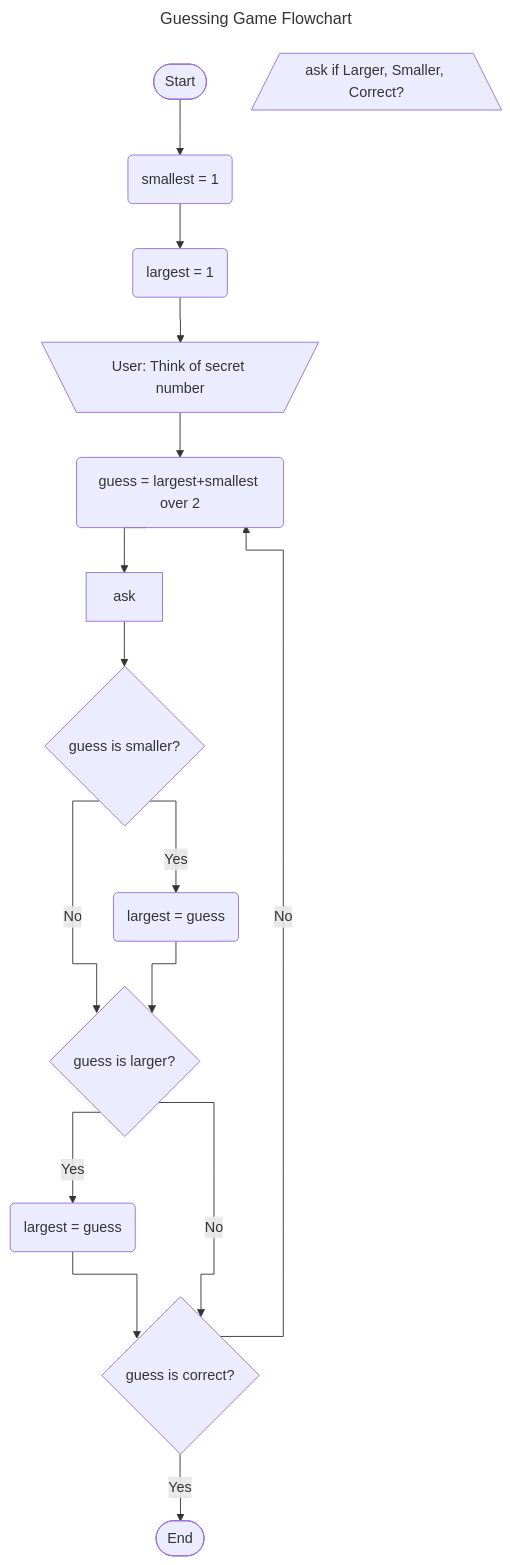
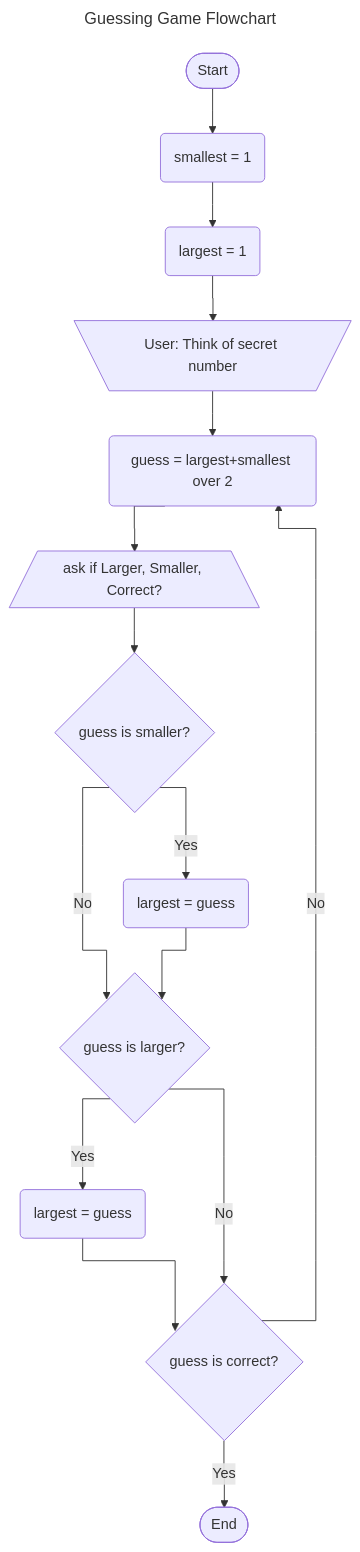
Before and after one commit to AdyGCode/ICTPRG302-2024-S2-Sessions: diagram 12 of 12 in session-06/Flowcharts.md, drawn with Mermaid. The commit also changed other lines of this file and 1 other file, not shown here.

Commit message:
feat(session-06): Flowcharts update

````diff
--- a/session-06/Flowcharts.md
+++ b/session-06/Flowcharts.md
@@ -141,36 +379,35 @@
 ```mermaid
 ---
 title: Guessing Game Flowchart
 ---
 %%{ init: { 'flowchart': { 'curve': 'stepAfter' } } }%%
 flowchart TD
     start([Start])
     smallest1(smallest = 1)
     largest1(largest = 1)
     secret[\User: Think of secret number/]
     guess1(guess = largest+smallest over 2)
     ask1[/ask if Larger, Smaller, Correct?\]
     if_smaller{guess is smaller?}
     smaller1(largest = guess)
     if_larger{guess is larger?}
     larger1(largest = guess)
     if_correct{guess is correct?}
     end1([End])
+    start --> smallest1
+    smallest1 --> largest1
+    largest1 --> secret
+    secret --> guess1
+    guess1 --> ask1
+    ask1 --> if_smaller
+    if_smaller -->|Yes| smaller1
+    if_smaller -->|No| if_larger
+    smaller1 --> if_larger
+    if_larger -->|Yes| larger1
+    larger1 --> if_correct
+    if_larger -->|No| if_correct
+    if_correct -->|Yes| end1
+    if_correct -->|No| guess1
 
-    start-->smallest1
-    smallest1-->largest1
-    largest1-->secret
-    secret-->guess1
-    guess1-->ask
-    ask-->if_smaller
-    if_smaller-->|Yes| smaller1
-    if_smaller-->|No| if_larger
-    smaller1-->if_larger
-    if_larger-->|Yes| larger1
-    larger1-->if_correct
-    if_larger-->|No| if_correct
-    if_correct-->|Yes| end1
-    if_correct-->|No| guess1
-    
 
 ```
````
